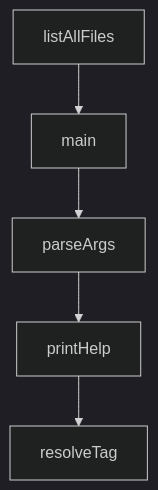
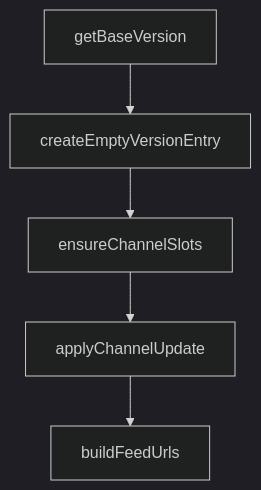
One commit to johnxie/awesome-code-docs changed the diagram in tutorials/cherry-studio-tutorial/04-assistants-topics-and-workflow-design.md. Above: the diagram before and after it, drawn with Mermaid (dark theme). The commit also changed other lines of this file and 1232 other files, not shown here.

````diff
--- a/tutorials/cherry-studio-tutorial/04-assistants-topics-and-workflow-design.md
+++ b/tutorials/cherry-studio-tutorial/04-assistants-topics-and-workflow-design.md
@@ -212,12 +210,12 @@
 ```mermaid
 flowchart TD
-    A[listAllFiles]
-    B[main]
-    C[parseArgs]
-    D[printHelp]
-    E[resolveTag]
+    A[getBaseVersion]
+    B[createEmptyVersionEntry]
+    C[ensureChannelSlots]
+    D[applyChannelUpdate]
+    E[buildFeedUrls]
     A --> B
     B --> C
     C --> D
     D --> E
 ```
````
